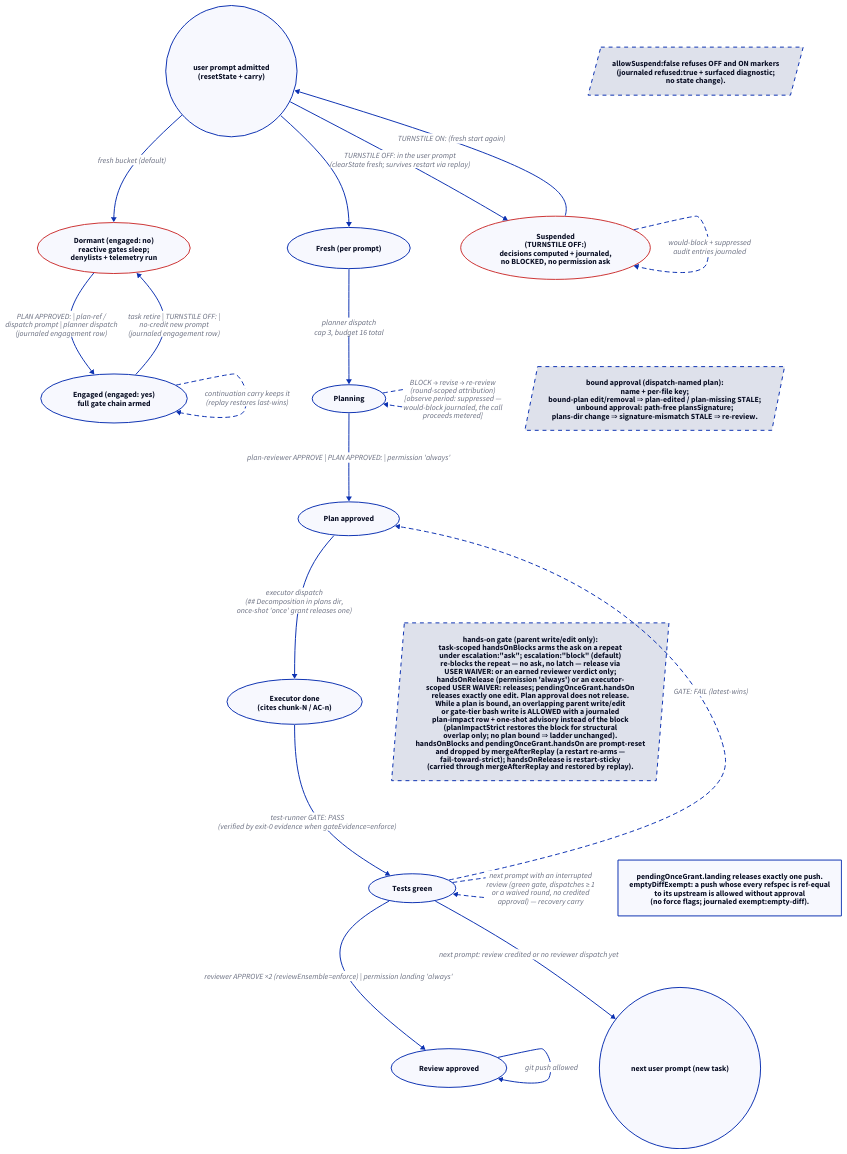
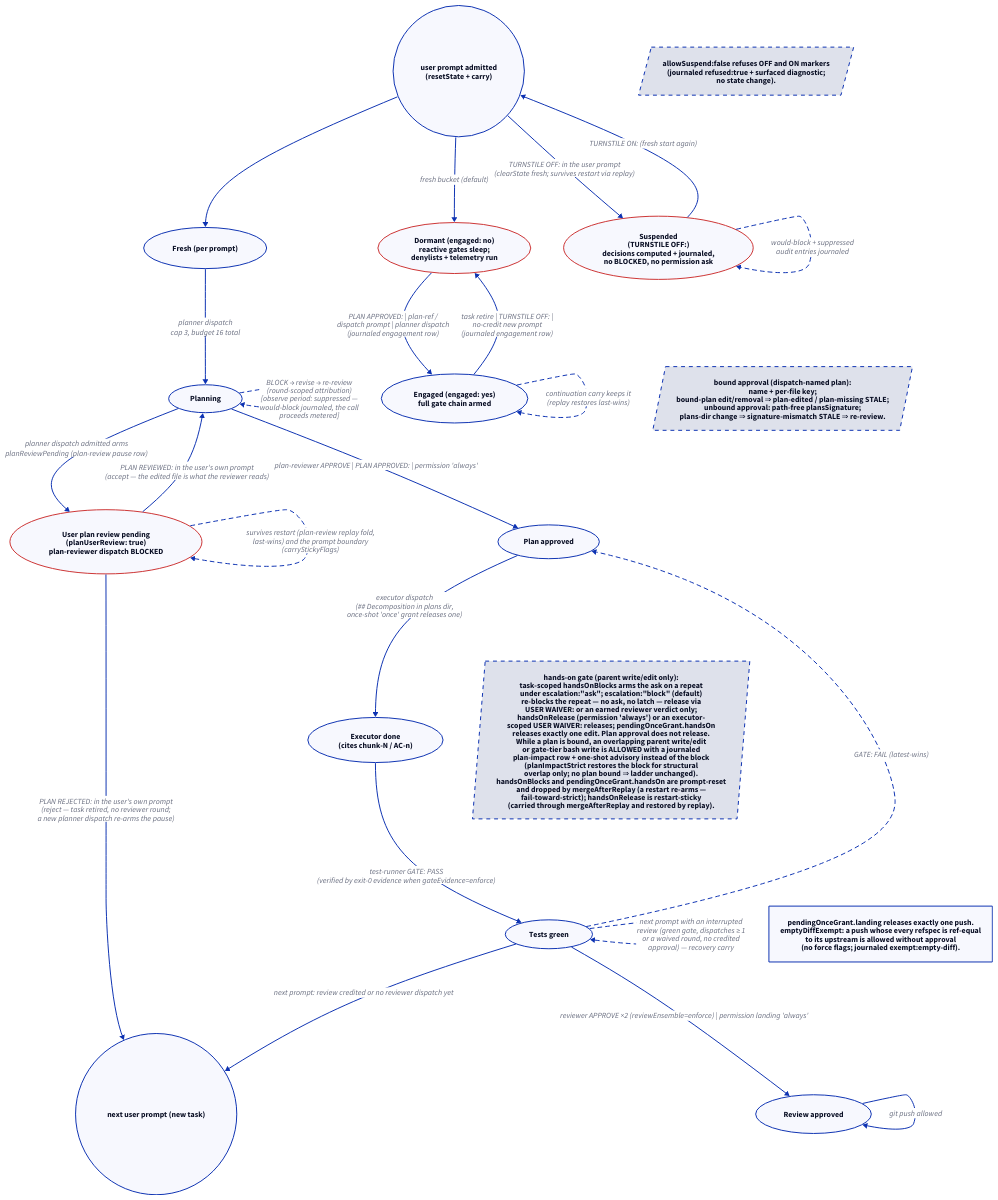
The diagram in docs/diagrams/d04-gate-state.d2 (edseabolt/turnstile), drawn with D2 before and after one commit. The commit also changed 17 other files, not shown here.

Commit message:
feat(gates): opt-in user plan review before plan-reviewer dispatch

```diff
--- a/docs/diagrams/d04-gate-state.d2
+++ b/docs/diagrams/d04-gate-state.d2
@@ -1,96 +1,106 @@
 direction: down
 
 fresh: "Fresh (per prompt)" {
   shape: oval
 }
 planning: "Planning" {
   shape: oval
 }
 planok: "Plan approved" {
   shape: oval
 }
 executor: "Executor done\n(cites chunk-N / AC-n)" {
   shape: oval
 }
 green: "Tests green" {
   shape: oval
 }
 reviewed: "Review approved" {
   shape: oval
 }
 end: "next user prompt (new task)" {
   shape: circle
 }
 
 start: "user prompt admitted\n(resetState + carry)" {
   shape: circle
 }
 
 dormant: "Dormant (engaged: no)\nreactive gates sleep;\ndenylists + telemetry run" {
   shape: oval
   style.stroke: "#c33"
 }
 engaged: "Engaged (engaged: yes)\nfull gate chain armed" {
   shape: oval
 }
 
 start -> dormant: "fresh bucket (default)"
 dormant -> engaged: "PLAN APPROVED: | plan-ref /\ndispatch prompt | planner dispatch\n(journaled engagement row)"
 engaged -> dormant: "task retire | TURNSTILE OFF: |\nno-credit new prompt\n(journaled engagement row)"
 engaged -> engaged: "continuation carry keeps it\n(replay restores last-wins)" {
   style.stroke-dash: 4
 }
 
 start -> fresh
 fresh -> planning: "planner dispatch\ncap 3, budget 16 total"
+pause: "User plan review pending\n(planUserReview: true)\nplan-reviewer dispatch BLOCKED" {
+  shape: oval
+  style.stroke: "#c33"
+}
+planning -> pause: "planner dispatch admitted arms\nplanReviewPending (plan-review pause row)"
+pause -> planning: "PLAN REVIEWED: in the user's own prompt\n(accept — the edited file is what the reviewer reads)"
+pause -> end: "PLAN REJECTED: in the user's own prompt\n(reject — task retired, no reviewer round;\na new planner dispatch re-arms the pause)"
+pause -> pause: "survives restart (plan-review replay fold,\nlast-wins) and the prompt boundary\n(carryStickyFlags)" {
+  style.stroke-dash: 4
+}
 planning -> planok: "plan-reviewer APPROVE | PLAN APPROVED: | permission 'always'"
 planning -> planning: "BLOCK → revise → re-review\n(round-scoped attribution)\n[observe period: suppressed —\nwould-block journaled, the call\nproceeds metered]" {
   style.stroke-dash: 4
 }
 planok -> executor: "executor dispatch\n(## Decomposition in plans dir,\nonce-shot 'once' grant releases one)"
 executor -> green: "test-runner GATE: PASS\n(verified by exit-0 evidence when gateEvidence=enforce)"
 green -> planok: "GATE: FAIL (latest-wins)" {
   style.stroke-dash: 4
 }
 green -> reviewed: "reviewer APPROVE ×2 (reviewEnsemble=enforce) | permission landing 'always'"
 reviewed -> reviewed: "git push allowed"
 green -> end: "next prompt: review credited or no reviewer dispatch yet"
 green -> green: "next prompt with an interrupted\nreview (green gate, dispatches ≥ 1\nor a waived round, no credited\napproval) — recovery carry" {
   style.stroke-dash: 4
 }
 
 suspend: "Suspended\n(TURNSTILE OFF:)\ndecisions computed + journaled,\nno BLOCKED, no permission ask" {
   shape: oval
   style.stroke: "#c33"
 }
 suspend -> suspend: "would-block + suppressed\naudit entries journaled" {
   style.stroke-dash: 4
 }
 start -> suspend: "TURNSTILE OFF: in the user prompt\n(clearState fresh; survives restart via replay)"
 suspend -> start: "TURNSTILE ON: (fresh start again)"
 refused-note: "allowSuspend:false refuses OFF and ON markers\n(journaled refused:true + surfaced diagnostic;\nno state change)." {
   style.stroke-dash: 4
   shape: parallelogram
 }
 refused-note -> suspend: "" {
   style.opacity: 0
 }
 
 planok-note: "bound approval (dispatch-named plan):\nname + per-file key;\nbound-plan edit/removal ⇒ plan-edited / plan-missing STALE;\nunbound approval: path-free plansSignature;\nplans-dir change ⇒ signature-mismatch STALE ⇒ re-review." {
   style.stroke-dash: 4
   shape: parallelogram
 }
 reviewed-note: "pendingOnceGrant.landing releases exactly one push.\nemptyDiffExempt: a push whose every refspec is ref-equal\nto its upstream is allowed without approval\n(no force flags; journaled exempt:empty-diff)."
 handson-note: "hands-on gate (parent write/edit only):\ntask-scoped handsOnBlocks arms the ask on a repeat\nunder escalation:\"ask\"; escalation:\"block\" (default)\nre-blocks the repeat — no ask, no latch — release via\nUSER WAIVER: or an earned reviewer verdict only;\nhandsOnRelease (permission 'always') or an executor-\nscoped USER WAIVER: releases; pendingOnceGrant.handsOn\nreleases exactly one edit. Plan approval does not release.\nWhile a plan is bound, an overlapping parent write/edit\nor gate-tier bash write is ALLOWED with a journaled\nplan-impact row + one-shot advisory instead of the block\n(planImpactStrict restores the block for structural\noverlap only; no plan bound ⇒ ladder unchanged).\nhandsOnBlocks and pendingOnceGrant.handsOn are prompt-reset\nand dropped by mergeAfterReplay (a restart re-arms —\nfail-toward-strict); handsOnRelease is restart-sticky\n(carried through mergeAfterReplay and restored by replay)." {
   style.stroke-dash: 4
   shape: parallelogram
 }
 planok-note -> planok: "" {
   style.opacity: 0
 }
 reviewed-note -> reviewed: "" {
   style.opacity: 0
 }
 handson-note -> green: "" {
   style.opacity: 0
 }
```
